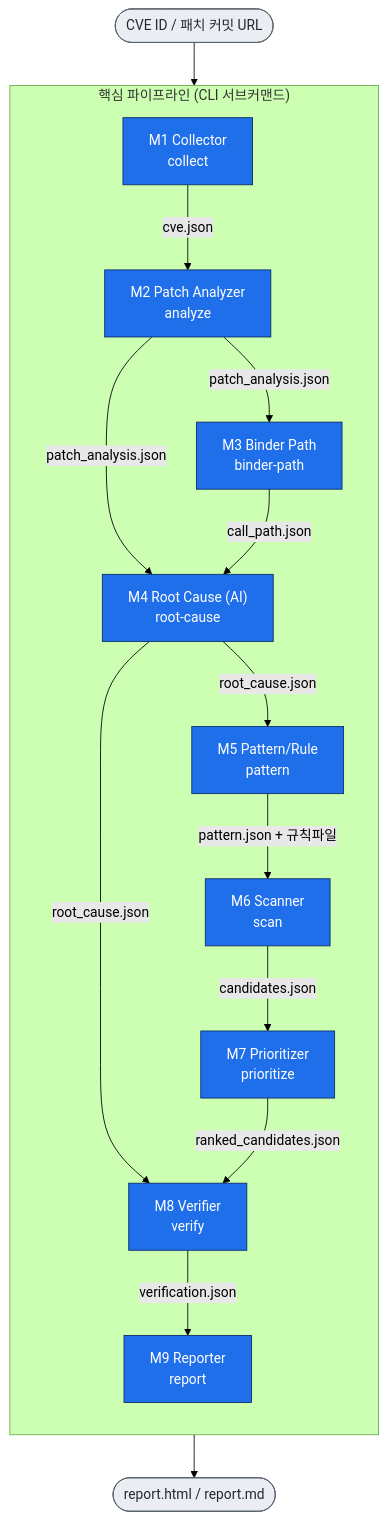
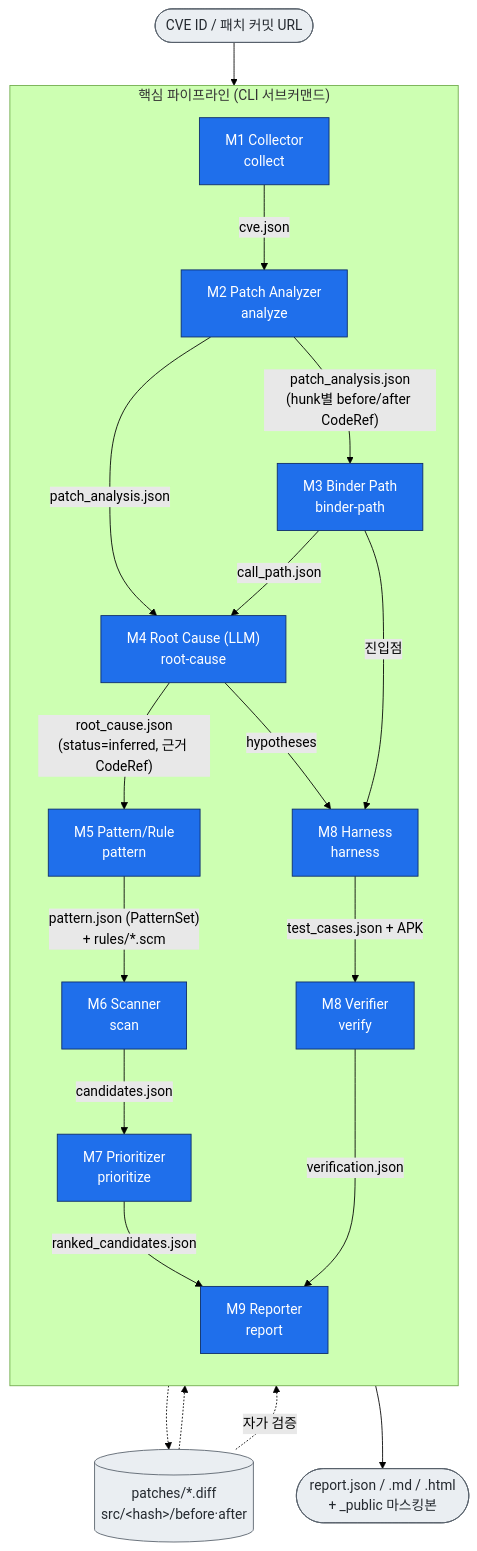
Before and after one commit to meonjalgwi/aosp-1day-pipeline: the first of 3 diagrams in docs/architecture.md, drawn with Mermaid (forest theme). The commit also changed other lines of this file and 28 other files, not shown here.

First line of the commit message:
feat(schemas): add provenance (CodeRef/meta) and fill thin data contracts

````diff
--- a/docs/architecture.md
+++ b/docs/architecture.md
@@ -10,35 +11,41 @@
 ```mermaid
 flowchart TD
     IN([CVE ID / 패치 커밋 URL]):::io
 
     subgraph CORE["핵심 파이프라인 (CLI 서브커맨드)"]
         direction TB
         M1["M1 Collector<br/>collect"]:::stage
         M2["M2 Patch Analyzer<br/>analyze"]:::stage
         M3["M3 Binder Path<br/>binder-path"]:::stage
-        M4["M4 Root Cause (AI)<br/>root-cause"]:::stage
+        M4["M4 Root Cause (LLM)<br/>root-cause"]:::stage
         M5["M5 Pattern/Rule<br/>pattern"]:::stage
         M6["M6 Scanner<br/>scan"]:::stage
         M7["M7 Prioritizer<br/>prioritize"]:::stage
+        M8H["M8 Harness<br/>harness"]:::stage
         M8["M8 Verifier<br/>verify"]:::stage
         M9["M9 Reporter<br/>report"]:::stage
     end
 
+    SRC[("patches/*.diff<br/>src/&lt;hash&gt;/before·after")]:::io
+
     IN --> M1
     M1 -- cve.json --> M2
-    M2 -- patch_analysis.json --> M3
+    M1 -.-> SRC
+    SRC -.-> M2
+    SRC -. 자가 검증 .-> M5
+    M2 -- "patch_analysis.json<br/>(hunk별 before/after CodeRef)" --> M3
     M2 -- patch_analysis.json --> M4
     M3 -- call_path.json --> M4
-    M4 -- root_cause.json --> M5
-    M5 -- "pattern.json + 규칙파일" --> M6
+    M4 -- "root_cause.json<br/>(status=inferred, 근거 CodeRef)" --> M5
+    M5 -- "pattern.json (PatternSet)<br/>+ rules/*.scm" --> M6
     M6 -- candidates.json --> M7
-    M4 -- root_cause.json --> M8
-    M7 -- ranked_candidates.json --> M8
+    M4 -- "hypotheses" --> M8H
+    M3 -- "진입점" --> M8H
+    M8H -- "test_cases.json + APK" --> M8
+    M7 -- ranked_candidates.json --> M9
     M8 -- verification.json --> M9
-    M9 --> OUT([report.html / report.md]):::io
-
-    %% M9 Reporter는 위 모든 단계의 JSON을 모아 보고서를 만든다.
+    M9 --> OUT([report.json / .md / .html<br/>+ _public 마스킹본]):::io
 
     classDef stage fill:#1f6feb,stroke:#0b2a66,color:#fff;
     classDef io fill:#eaeef2,stroke:#57606a,color:#24292f;
 ```
````
